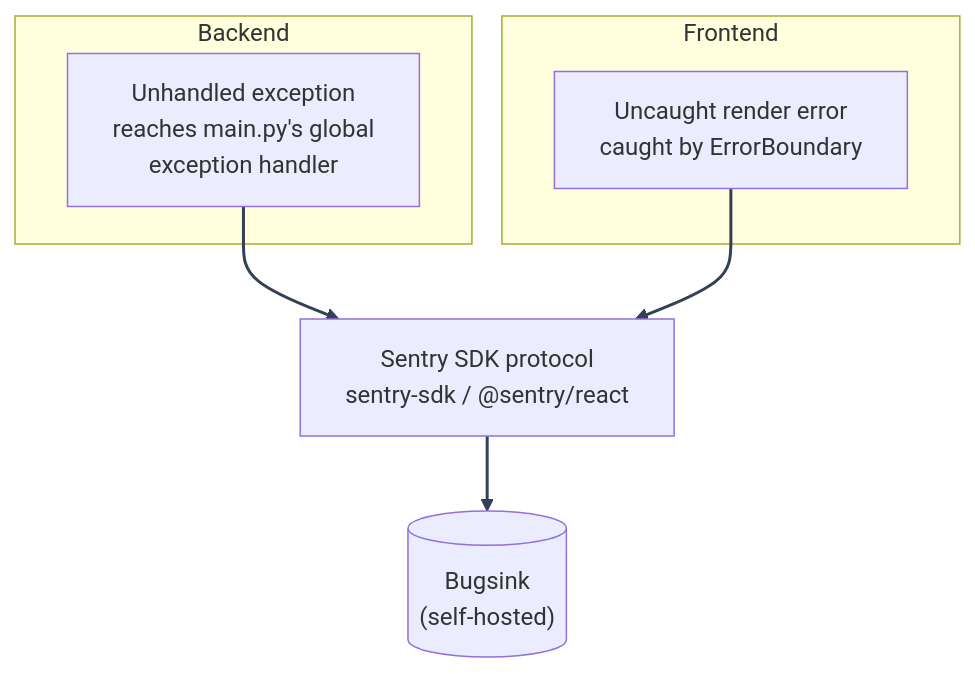
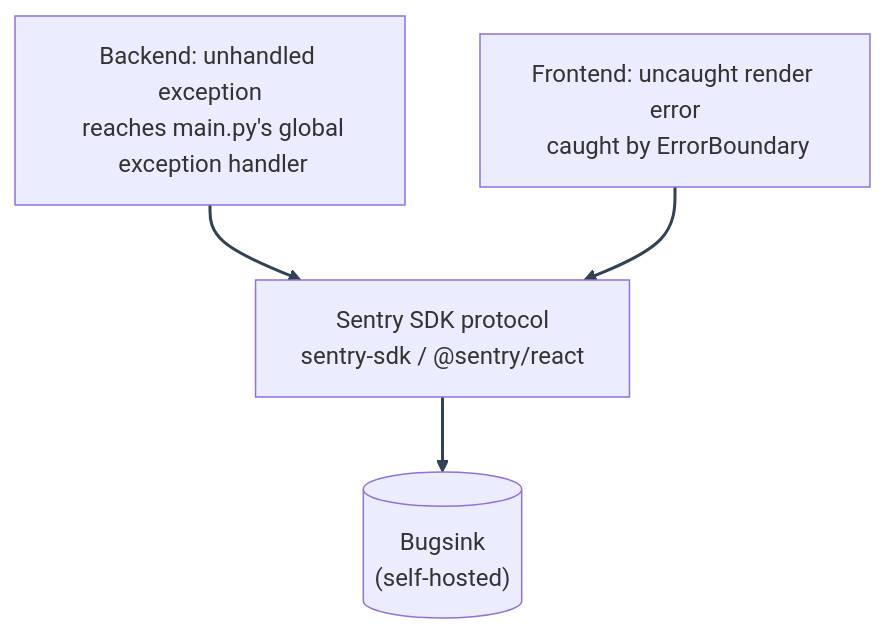
The diagram in docs/mystic_auth/error-monitoring/overview.md (Nachiket-2024/mystic-auth), drawn with Mermaid before and after one commit. The commit also changed other lines of this file and 708 other files, not shown here.

````diff
--- a/docs/mystic_auth/error-monitoring/overview.md
+++ b/docs/mystic_auth/error-monitoring/overview.md
@@ -132,16 +132,10 @@
 ```mermaid
 %%{init: {"themeVariables": {"lineColor": "#334155"}} }%%
 flowchart TD
-    subgraph Backend["Backend"]
-        BErr["Unhandled exception<br/> reaches main.py's global<br/> exception handler"]
-    end
-
-    subgraph Frontend["Frontend"]
-        FErr["Uncaught render error<br/> caught by ErrorBoundary"]
-    end
-
-    BErr --> SentrySDK["Sentry SDK protocol<br/> sentry-sdk / @sentry/react"]
+    BErr["Backend: unhandled exception\n reaches main.py's global\n exception handler"]
+    FErr["Frontend: uncaught render error\n caught by ErrorBoundary"]
+    BErr --> SentrySDK["Sentry SDK protocol\n sentry-sdk / @sentry/react"]
     FErr --> SentrySDK
-    SentrySDK --> Bugsink[("Bugsink<br/> (self-hosted)")]
+    SentrySDK --> Bugsink[("Bugsink\n (self-hosted)")]
     linkStyle default stroke:#334155,stroke-width:2px
 ```
````
